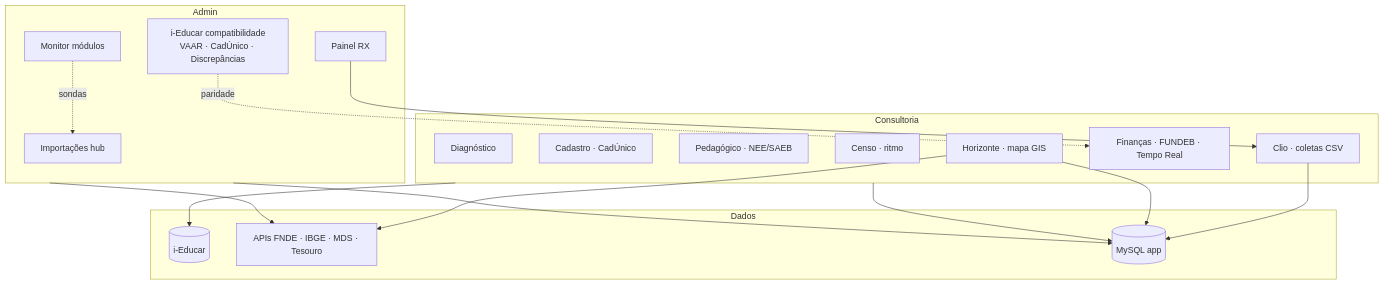
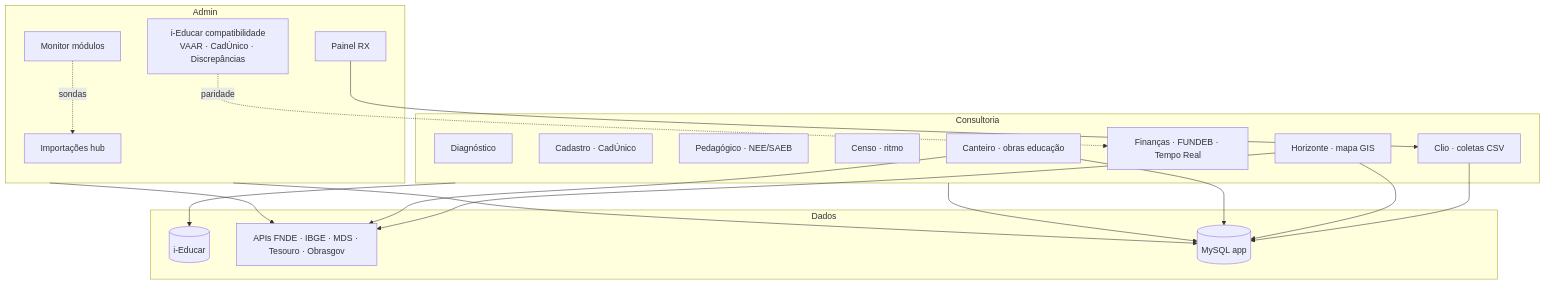
The diagram in docs/STATUS_PROJETO.md (JaderGabriel/serventec-servlitcys), drawn with Mermaid before and after one commit. The commit also changed other lines of this file and 9 other files, not shown here.

First line of the commit message:
release: ServLITCYS 9.0.0 Opus (Canteiro + ROADMAP_* + Transparência)

````diff
--- a/docs/STATUS_PROJETO.md
+++ b/docs/STATUS_PROJETO.md
@@ -13,36 +13,39 @@
 ```mermaid
 flowchart TB
     subgraph Consultoria
         D[Diagnóstico]
         CAD[Cadastro · CadÚnico]
         PED[Pedagógico · NEE/SAEB]
         CEN[Censo · ritmo]
         CLI[Clio · coletas CSV]
         FIN[Finanças · FUNDEB · Tempo Real]
         HOR[Horizonte · mapa GIS]
+        CAN[Canteiro · obras educação]
     end
 
     subgraph Admin
         IMP[Importações hub]
         COMP[i-Educar compatibilidade<br/>VAAR · CadÚnico · Discrepâncias]
         RX[Painel RX]
         Mon[Monitor módulos]
     end
 
     subgraph Dados
         IED[(i-Educar)]
-        PUB[APIs FNDE · IBGE · MDS · Tesouro]
+        PUB[APIs FNDE · IBGE · MDS · Tesouro · Obrasgov]
         LOC[(MySQL app)]
     end
 
     Consultoria --> IED
     Consultoria --> LOC
     CLI --> LOC
     RX --> CLI
     HOR --> PUB
     HOR --> LOC
+    CAN --> PUB
+    CAN --> LOC
     Admin --> PUB
     Admin --> LOC
     COMP -.->|paridade| FIN
     Mon -.->|sondas| IMP
 ```
````
